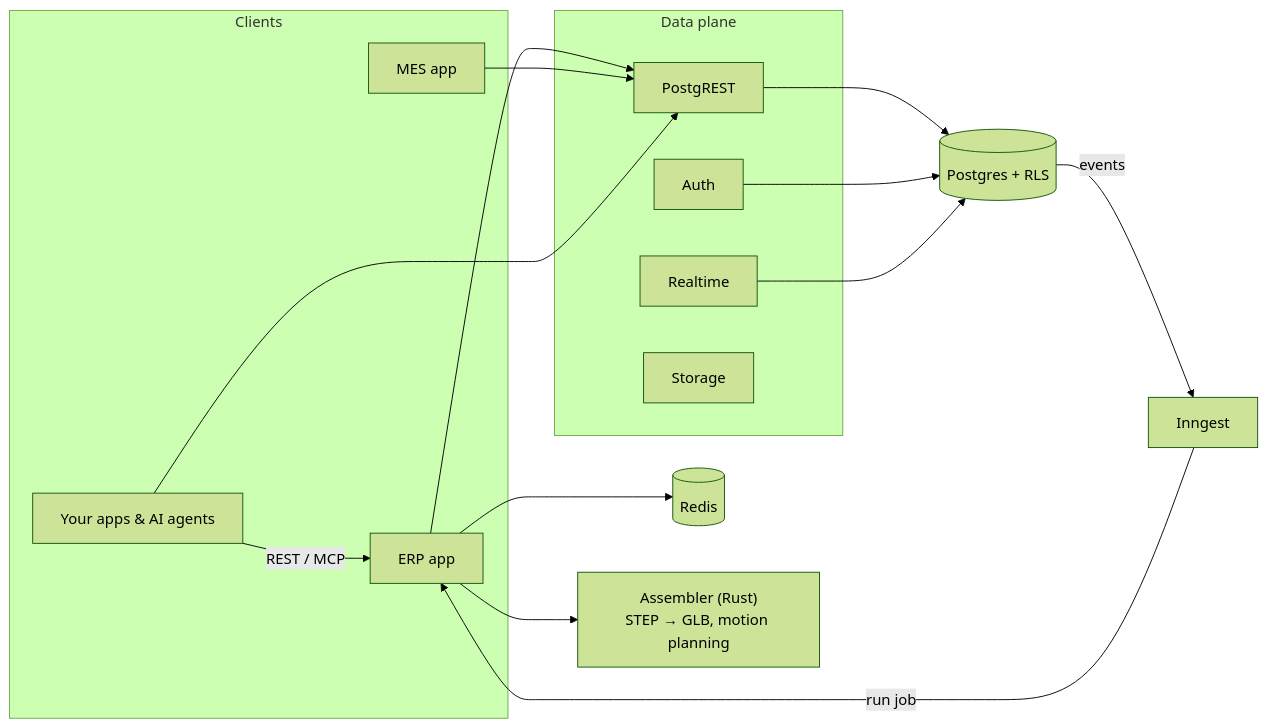
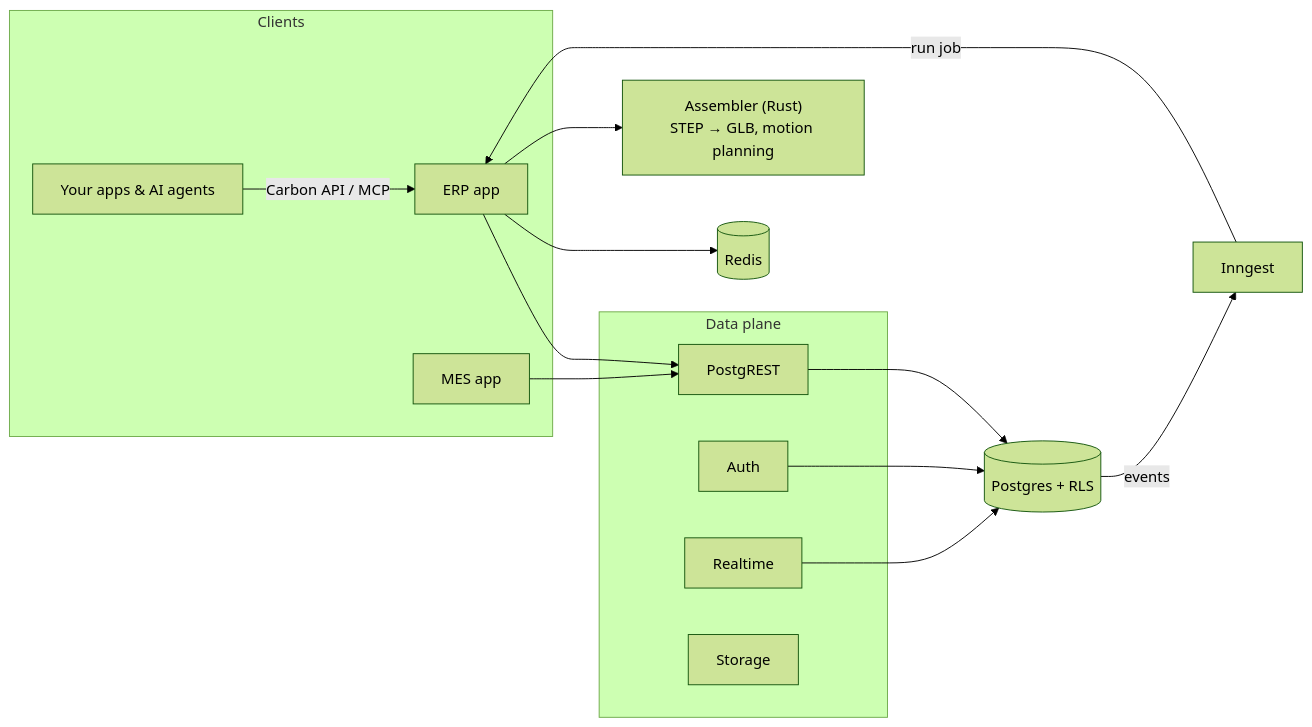
Before and after one commit to crbnos/carbon: the diagram in README.md, drawn with Mermaid (forest theme). The commit also changed other lines of this file, not shown here.

First line of the commit message:
docs(readme): lead the API section with the Carbon API

````diff
--- a/README.md
+++ b/README.md
@@ -166,26 +165,25 @@
 ```mermaid
 flowchart LR
   subgraph Clients
     ERP["ERP app"]
     MES["MES app"]
     EXT["Your apps & AI agents"]
   end
   subgraph DP["Data plane"]
     REST["PostgREST"]
     AUTH["Auth"]
     RT["Realtime"]
     STO["Storage"]
   end
   PG[("Postgres + RLS")]
   ERP --> REST
   MES --> REST
-  EXT -- "REST / MCP" --> ERP
-  EXT --> REST
+  EXT -- "Carbon API / MCP" --> ERP
   REST --> PG
   AUTH --> PG
   RT --> PG
   PG -- "events" --> ING["Inngest"]
   ING -- "run job" --> ERP
   ERP --> REDIS[("Redis")]
   ERP --> ASM["Assembler (Rust)<br/>STEP → GLB, motion planning"]
 ```
````
